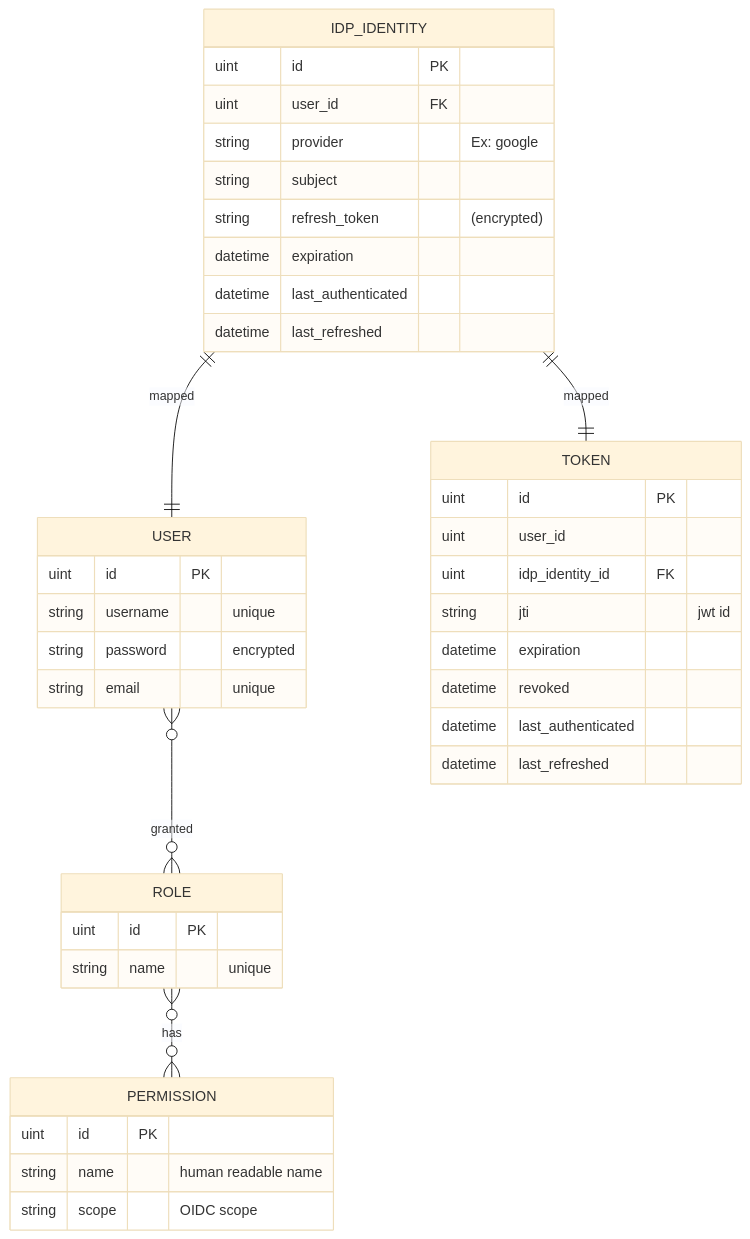
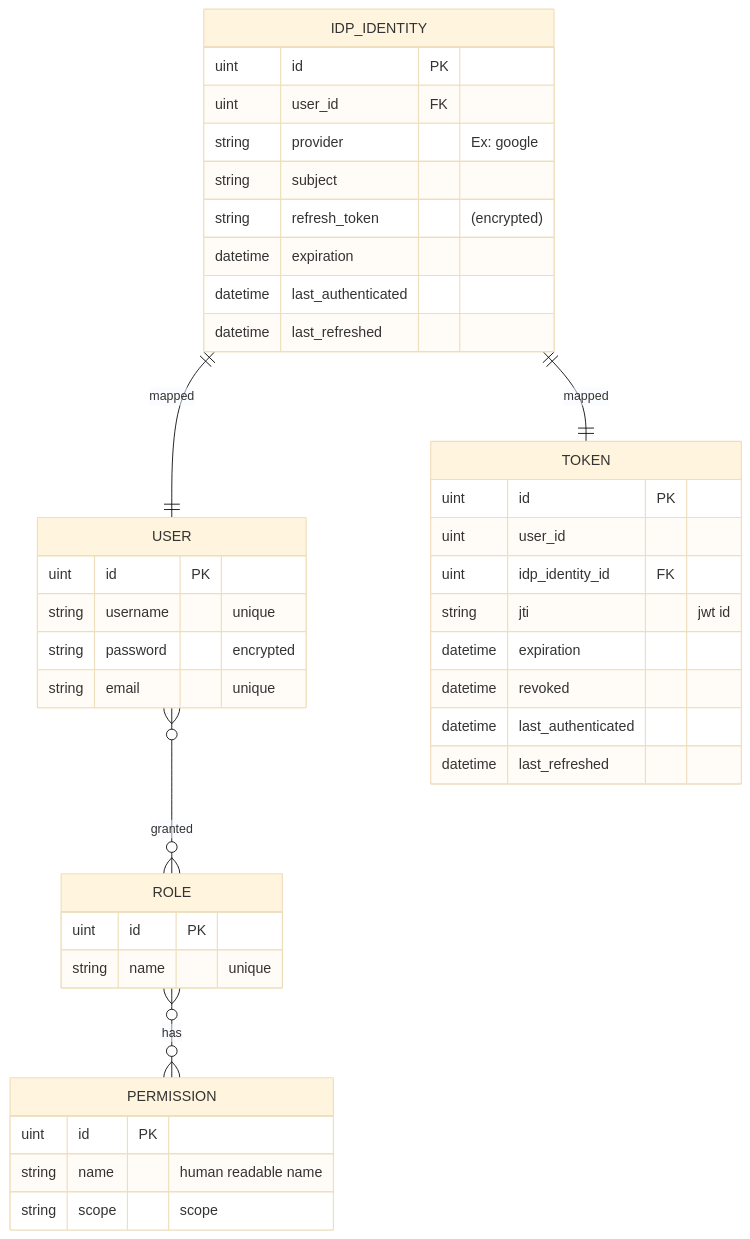
Before and after one commit to konveyor/enhancements: the first of 5 diagrams in enhancements/hub-oidc-provider/README.md, drawn with Mermaid (base theme). The commit also changed other lines of this file, not shown here.

Commit message:
checkpoint

````diff
--- a/enhancements/hub-oidc-provider/README.md
+++ b/enhancements/hub-oidc-provider/README.md
@@ -77,47 +77,47 @@
 ```mermaid
 erDiagram
     USER }o--o{ ROLE : "granted"
     ROLE }o--o{ PERMISSION : "has"
     IDP_IDENTITY ||--|| USER : "mapped"
     IDP_IDENTITY ||--|| TOKEN : "mapped"
 
     USER {
         uint id PK
         string username "unique"
         string password "encrypted"
         string email "unique"
     }
 
     ROLE {
         uint id PK
         string name "unique"
     }
 
     PERMISSION {
         uint id PK
         string name "human readable name"
-        string scope "OIDC scope"
+        string scope "scope"
     }
     
     IDP_IDENTITY {
         uint id PK
         uint user_id FK
         string provider "Ex: google"
         string subject
         string refresh_token "(encrypted)"
         datetime expiration
         datetime last_authenticated
         datetime last_refreshed
     }
     
     TOKEN {
         uint id PK
         uint user_id
         uint idp_identity_id FK
         string jti "jwt id"
         datetime expiration
         datetime revoked
         datetime last_authenticated
         datetime last_refreshed
     }
 ```
````
